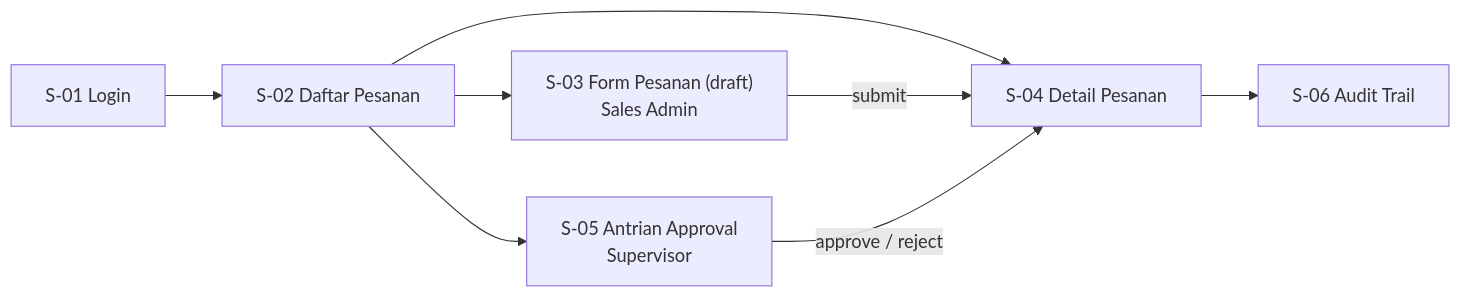
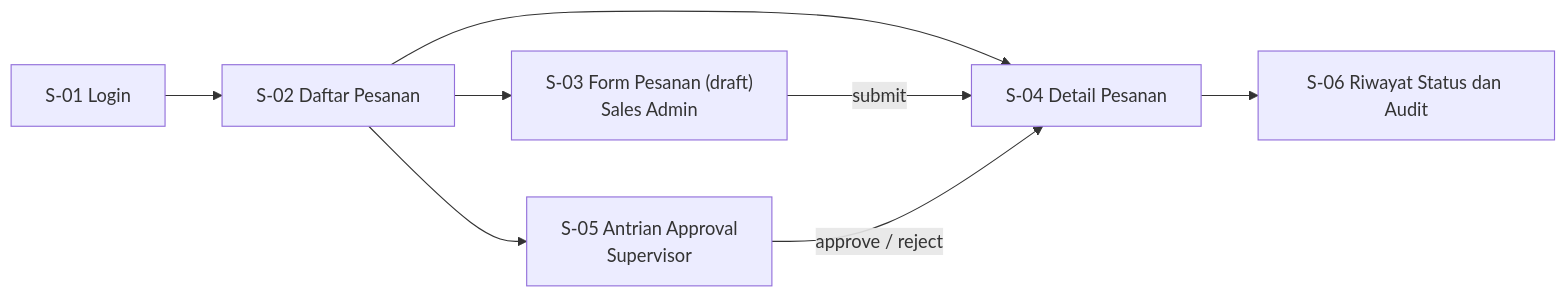
One commit to riansefriadi/training-02-project changed the eighth of 8 diagrams in docs/design/07-diagrams.md. Above: the diagram before and after it, drawn with Mermaid. The commit also changed other lines of this file and 9 other files, not shown here.

````diff
--- a/docs/design/07-diagrams.md
+++ b/docs/design/07-diagrams.md
@@ -190,10 +203,10 @@
 ```mermaid
 flowchart LR
     S01[S-01 Login] --> S02[S-02 Daftar Pesanan]
     S02 --> S03["S-03 Form Pesanan (draft)<br/>Sales Admin"]
     S02 --> S04[S-04 Detail Pesanan]
     S02 --> S05["S-05 Antrian Approval<br/>Supervisor"]
     S03 -- submit --> S04
-    S04 --> S06[S-06 Audit Trail]
+    S04 --> S06[S-06 Riwayat Status dan Audit]
     S05 -- approve / reject --> S04
 ```
````
